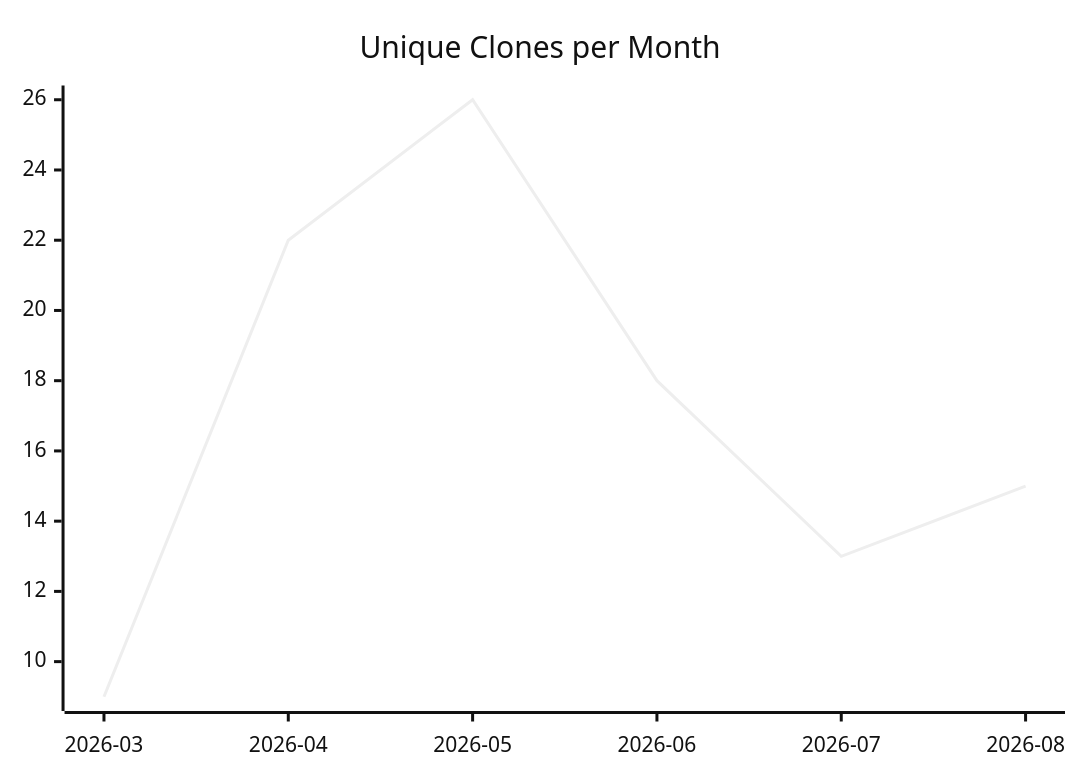
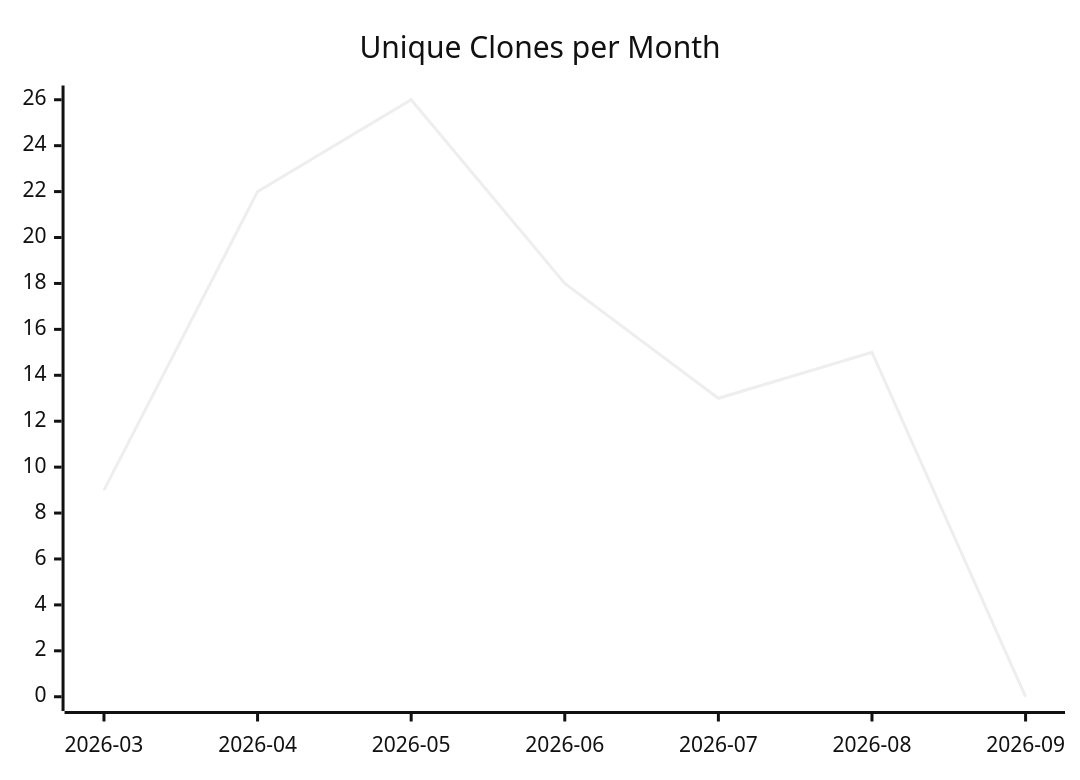
One commit to justdavis-family/github-analytics-data changed the third of 3 diagrams in karlmdavis/lego-ev3dev-rs/README.md. Above: the diagram before and after it, drawn with Mermaid (neutral theme). The commit also changed other lines of this file and 191 other files, not shown here.

````diff
--- a/karlmdavis/lego-ev3dev-rs/README.md
+++ b/karlmdavis/lego-ev3dev-rs/README.md
@@ -19,6 +19,6 @@
 ```mermaid
 xychart-beta
   title "Unique Clones per Month"
-  x-axis ["2026-03", "2026-04", "2026-05", "2026-06", "2026-07", "2026-08"]
-  line [9, 22, 26, 18, 13, 15]
+  x-axis ["2026-03", "2026-04", "2026-05", "2026-06", "2026-07", "2026-08", "2026-09"]
+  line [9, 22, 26, 18, 13, 15, 0]
 ```
````
